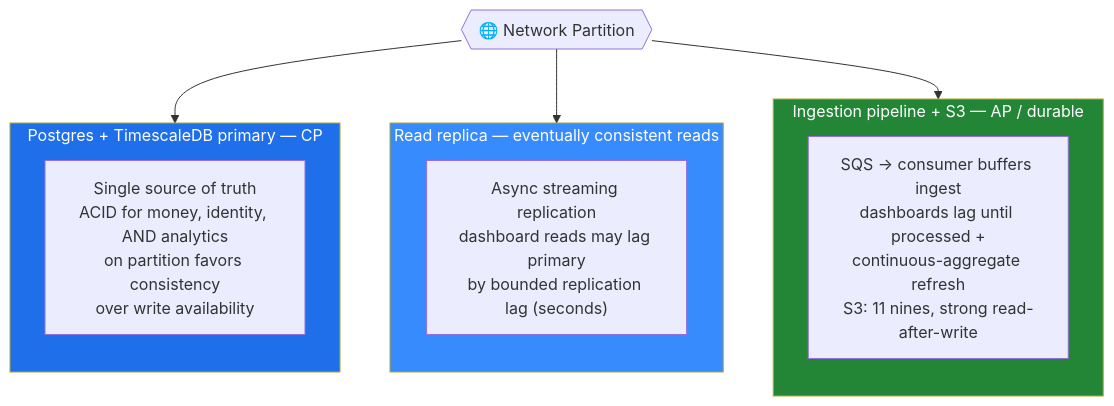
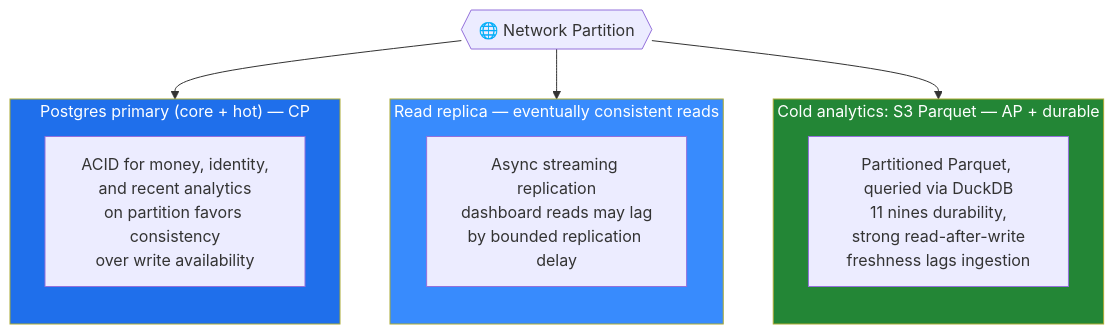
Before and after one commit to MagenticIn/MLS-Revamp: the fourth of 6 diagrams in architecture.md, drawn with Mermaid. The commit also changed other lines of this file, not shown here.

First line of the commit message:
Rewrite around pg_duckdb hot/cold lakehouse

````diff
--- a/architecture.md
+++ b/architecture.md
@@ -159,27 +166,27 @@
 ```mermaid
 flowchart TB
     P{{"🌐 Network Partition"}}
 
-    subgraph CP["Postgres + TimescaleDB primary — CP"]
+    subgraph CP["Postgres primary (core + hot) — CP"]
         direction TB
-        PGN["Single source of truth<br/>ACID for money, identity, AND analytics<br/>on partition favors consistency<br/>over write availability"]
+        PGN["ACID for money, identity,<br/>and recent analytics<br/>on partition favors consistency<br/>over write availability"]
     end
 
     subgraph AP1["Read replica — eventually consistent reads"]
         direction TB
-        RN["Async streaming replication<br/>dashboard reads may lag primary<br/>by bounded replication lag (seconds)"]
+        RN["Async streaming replication<br/>dashboard reads may lag<br/>by bounded replication delay"]
     end
 
-    subgraph AP2["Ingestion pipeline + S3 — AP / durable"]
+    subgraph AP2["Cold analytics: S3 Parquet — AP + durable"]
         direction TB
-        APN["SQS → consumer buffers ingest<br/>dashboards lag until processed +<br/>continuous-aggregate refresh<br/>S3: 11 nines, strong read-after-write"]
+        APN["Partitioned Parquet, queried via DuckDB<br/>11 nines durability,<br/>strong read-after-write<br/>freshness lags ingestion"]
     end
 
     P --> CP
     P --> AP1
     P --> AP2
 
     style CP fill:#1f6feb,color:#fff
     style AP1 fill:#388bfd,color:#fff
     style AP2 fill:#238636,color:#fff
 ```
````
